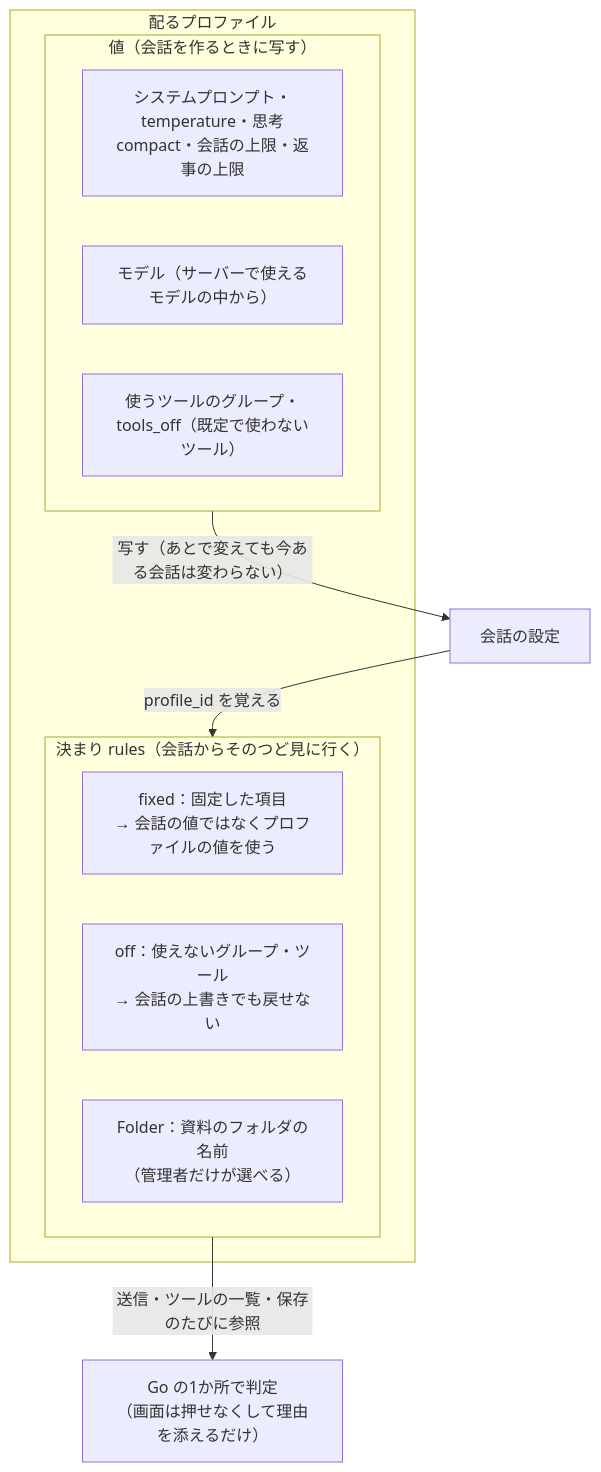
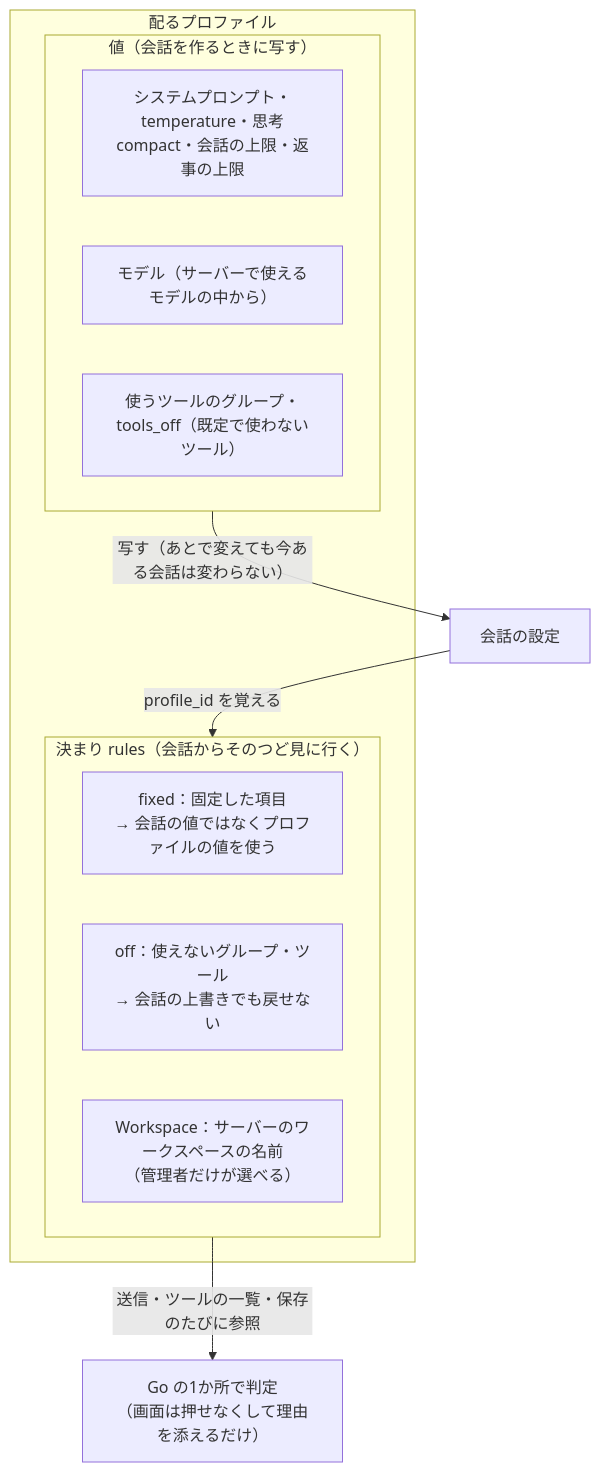
Before and after one commit to secondarykey/aibow: the second of 7 diagrams in _docs/diagrams-profiles.md, drawn with Mermaid. The commit also changed other lines of this file and 13 other files, not shown here.

````diff
--- a/_docs/diagrams-profiles.md
+++ b/_docs/diagrams-profiles.md
@@ -51,18 +51,18 @@
 ```mermaid
 flowchart TB
   subgraph PROF["配るプロファイル"]
     subgraph VAL["値（会話を作るときに写す）"]
       V1["システムプロンプト・temperature・思考<br/>compact・会話の上限・返事の上限"]
       V2["モデル（サーバーで使えるモデルの中から）"]
       V3["使うツールのグループ・tools_off（既定で使わないツール）"]
     end
     subgraph RULE["決まり rules（会話からそのつど見に行く）"]
       R1["fixed：固定した項目<br/>→ 会話の値ではなくプロファイルの値を使う"]
       R2["off：使えないグループ・ツール<br/>→ 会話の上書きでも戻せない"]
-      R3["Folder：資料のフォルダの名前<br/>（管理者だけが選べる）"]
+      R3["Workspace：サーバーのワークスペースの名前<br/>（管理者だけが選べる）"]
     end
   end
   VAL -->|"写す（あとで変えても今ある会話は変わらない）"| CONV["会話の設定"]
   CONV -->|"profile_id を覚える"| RULE
   RULE -->|"送信・ツールの一覧・保存のたびに参照"| GO["Go の1か所で判定<br/>（画面は押せなくして理由を添えるだけ）"]
 ```
````
